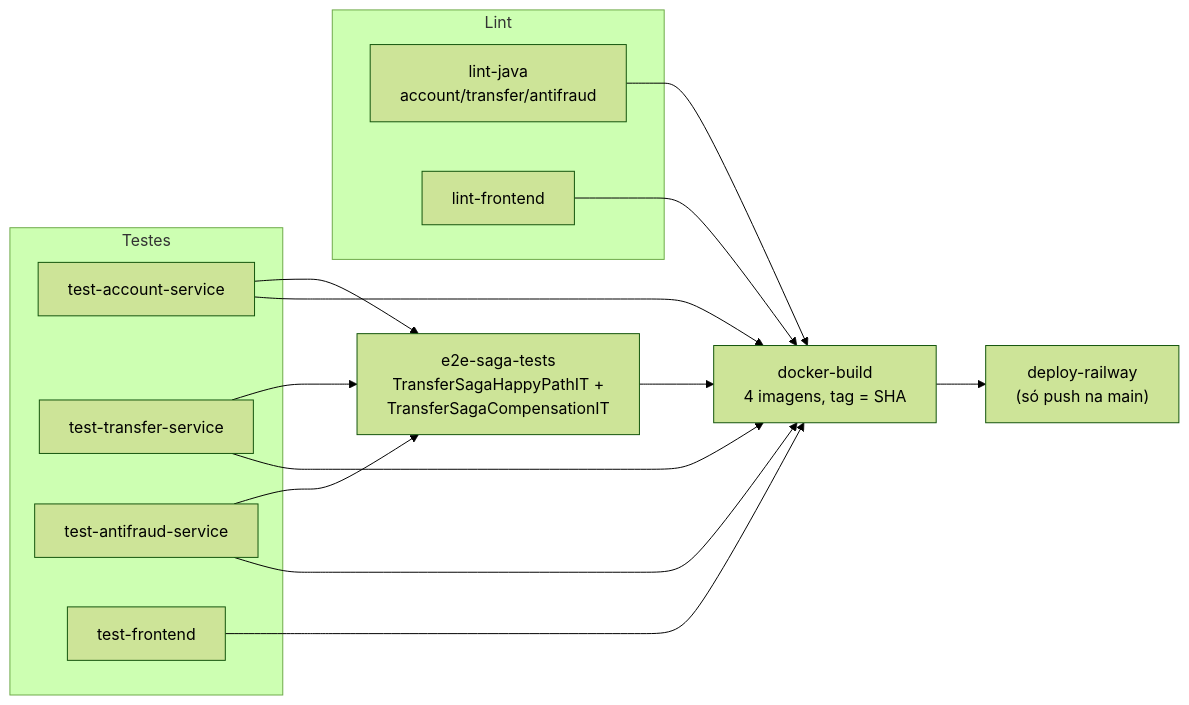
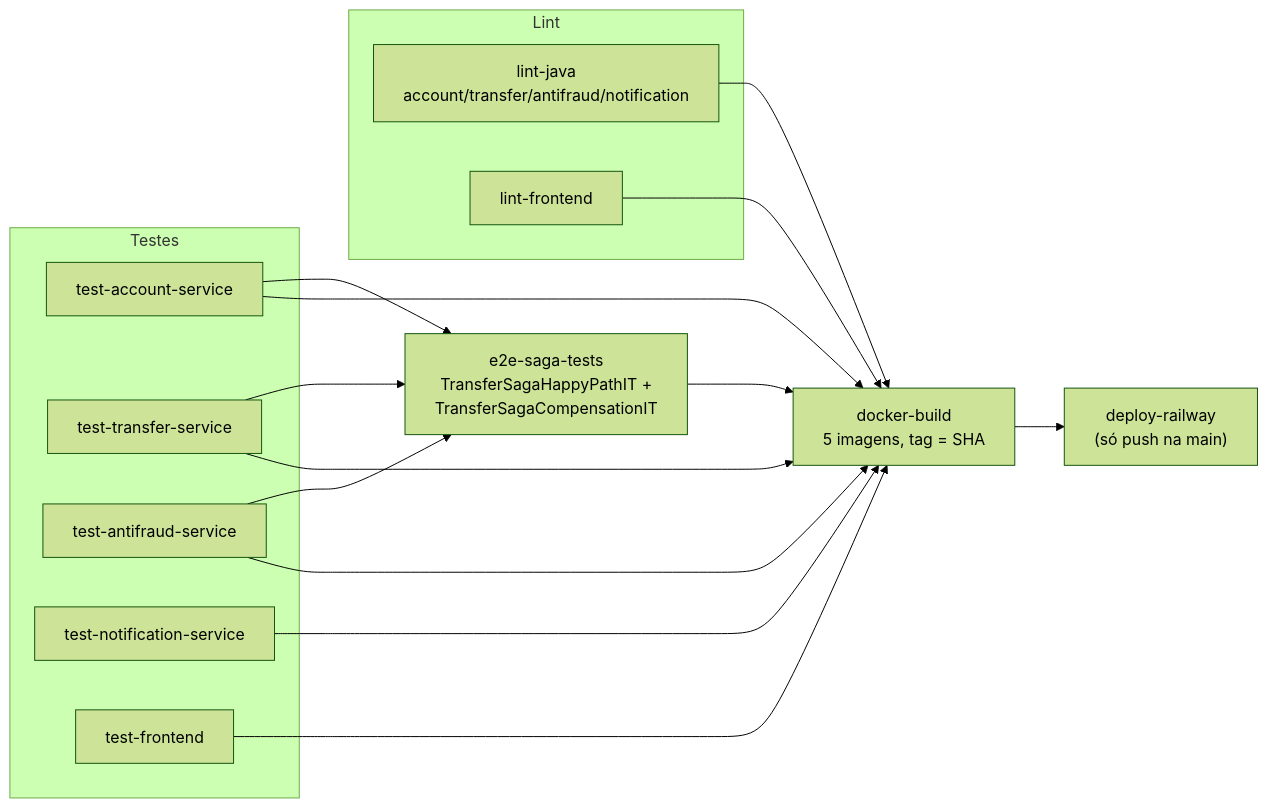
One commit to lleolopes03/banco-digital-saga changed the second of 2 diagrams in README.md. Above: the diagram before and after it, drawn with Mermaid (forest theme). The commit also changed other lines of this file and 1 other file, not shown here.

First line of the commit message:
Inclui notification-service no pipeline de CI/CD e documenta a fatia

````diff
--- a/README.md
+++ b/README.md
@@ -551,28 +613,30 @@
 ```mermaid
 flowchart LR
     subgraph Lint
-        L1[lint-java<br/>account/transfer/antifraud]
+        L1[lint-java<br/>account/transfer/antifraud/notification]
         L2[lint-frontend]
     end
     subgraph Testes
         T1[test-account-service]
         T2[test-transfer-service]
         T3[test-antifraud-service]
+        T5[test-notification-service]
         T4[test-frontend]
     end
     E2E["e2e-saga-tests<br/>TransferSagaHappyPathIT +<br/>TransferSagaCompensationIT"]
-    D[docker-build<br/>4 imagens, tag = SHA]
+    D[docker-build<br/>5 imagens, tag = SHA]
     R["deploy-railway<br/>(só push na main)"]
 
     T1 --> E2E
     T2 --> E2E
     T3 --> E2E
     L1 --> D
     L2 --> D
     T1 --> D
     T2 --> D
     T3 --> D
+    T5 --> D
     T4 --> D
     E2E --> D
     D --> R
 ```
````
